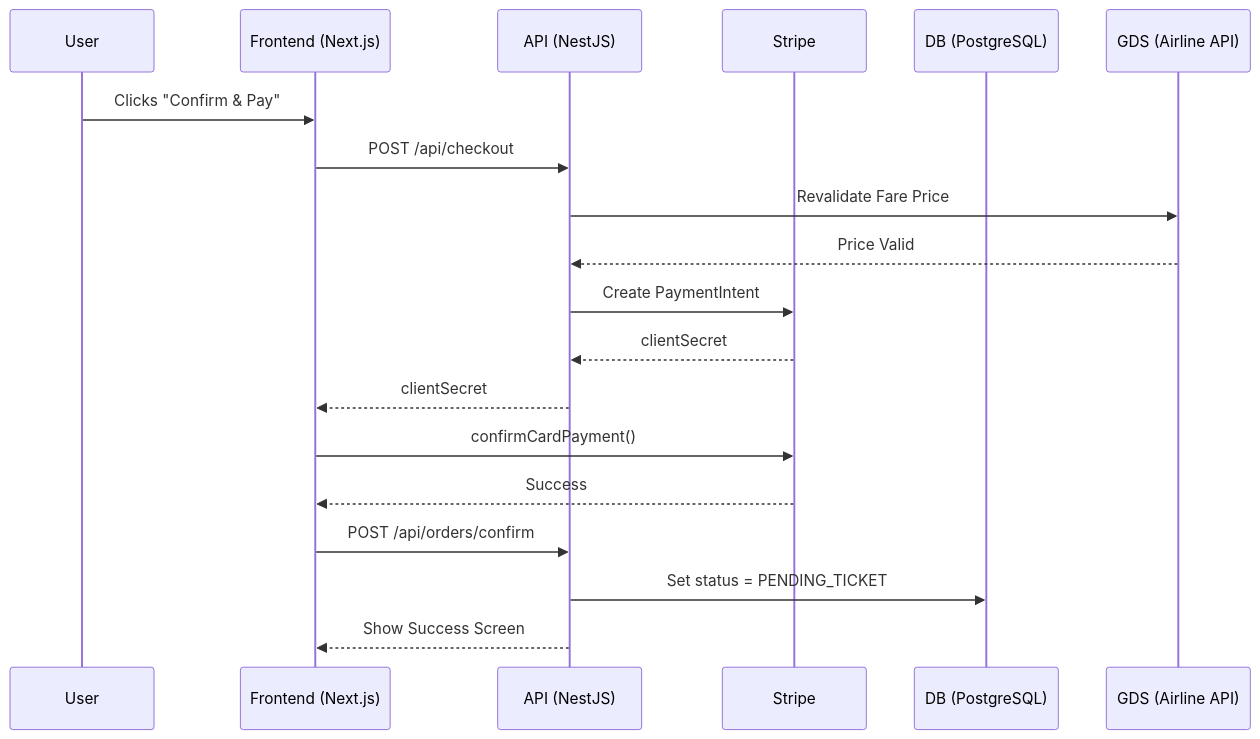
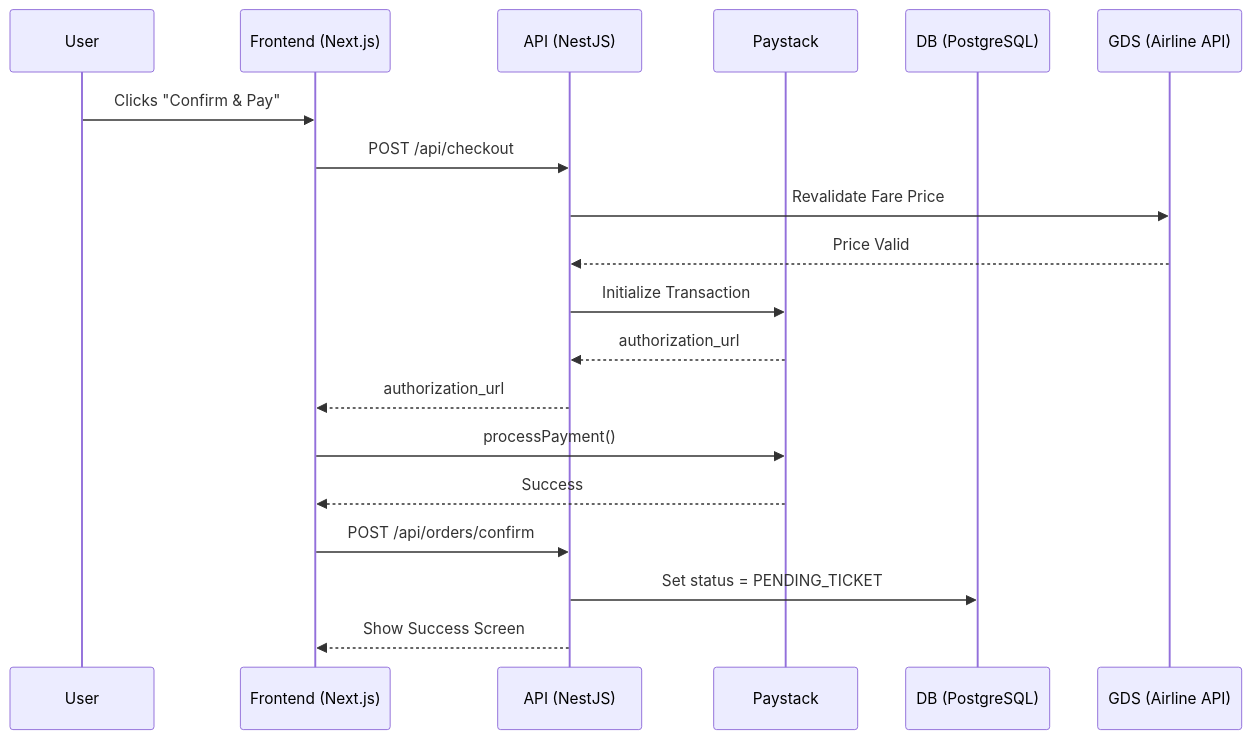
Before and after one commit to moses-Dera/master-trip: the second of 4 diagrams in CASE_STUDY.md, drawn with Mermaid. The commit also changed other lines of this file and 2 other files, not shown here.

Commit message:
feat: migrate payment processing and architecture documentation from Stripe to Paystack

````diff
--- a/CASE_STUDY.md
+++ b/CASE_STUDY.md
@@ -86,22 +86,22 @@
 ```mermaid
 sequenceDiagram
     participant User as User
     participant Frontend as Frontend (Next.js)
     participant API as API (NestJS)
-    participant Stripe as Stripe
+    participant Stripe as Paystack
     participant DB as DB (PostgreSQL)
     participant GDS as GDS (Airline API)
 
     User->>Frontend: Clicks "Confirm & Pay"
     Frontend->>API: POST /api/checkout
     API->>GDS: Revalidate Fare Price
     GDS-->>API: Price Valid
-    API->>Stripe: Create PaymentIntent
-    Stripe-->>API: clientSecret
-    API-->>Frontend: clientSecret
-    Frontend->>Stripe: confirmCardPayment()
+    API->>Stripe: Initialize Transaction
+    Stripe-->>API: authorization_url
+    API-->>Frontend: authorization_url
+    Frontend->>Stripe: processPayment()
     Stripe-->>Frontend: Success
     Frontend->>API: POST /api/orders/confirm
     API->>DB: Set status = PENDING_TICKET
     API-->>Frontend: Show Success Screen
 ```
````
